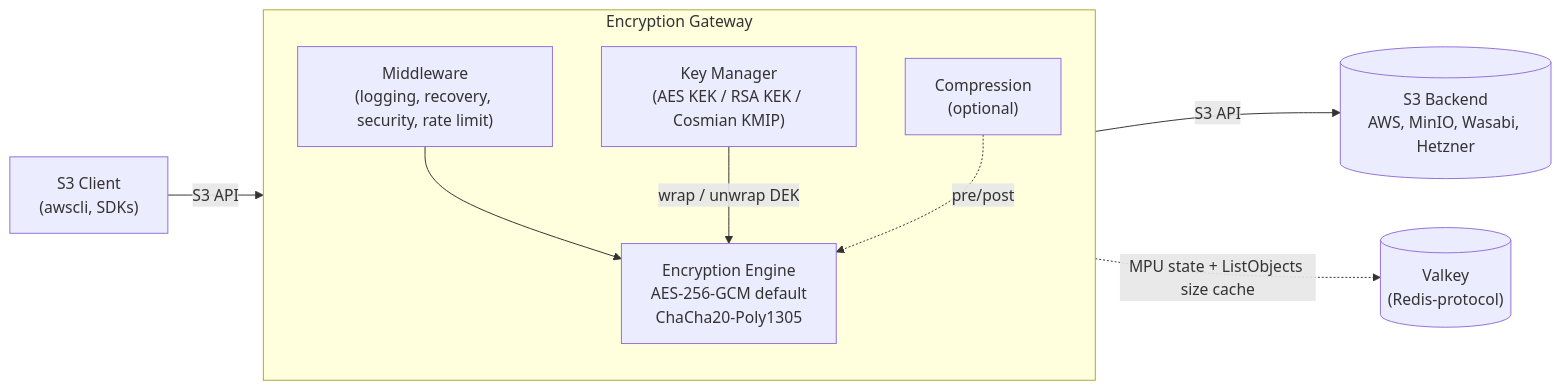
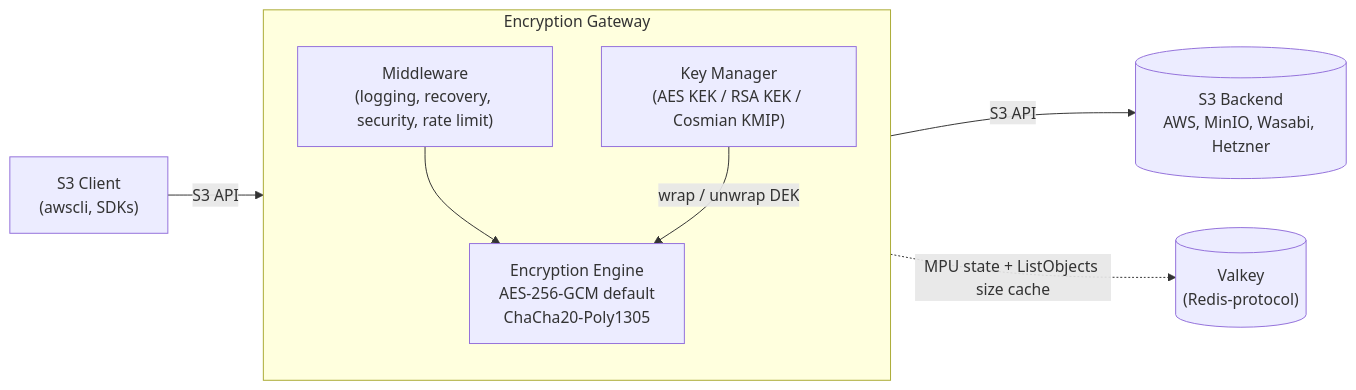
Before and after one commit to cloud37/s3-encryption-gateway: the first of 2 diagrams in README.md, drawn with Mermaid. The commit also changed other lines of this file and 34 other files, not shown here.

````diff
--- a/README.md
+++ b/README.md
@@ -1048,15 +1046,13 @@
 ```mermaid
 flowchart LR
   C["S3 Client<br/>(awscli, SDKs)"] --> |S3 API| G[Encryption Gateway]
   subgraph G["Encryption Gateway"]
     D["Middleware<br/>(logging, recovery, security, rate limit)"]
     E["Encryption Engine<br/>AES-256-GCM default<br/>ChaCha20-Poly1305"]
     K["Key Manager<br/>(AES KEK / RSA KEK / Cosmian KMIP)"]
-    CMP["Compression<br/>(optional)"]
     D --> E
     K --> |wrap / unwrap DEK| E
-    CMP -.-> |pre/post| E
   end
   G --> |S3 API| B[("S3 Backend<br/>AWS, MinIO, Wasabi, Hetzner")]
   G -.-> |MPU state + ListObjects size cache| V[("Valkey<br/>(Redis-protocol)")]
 ```
````
